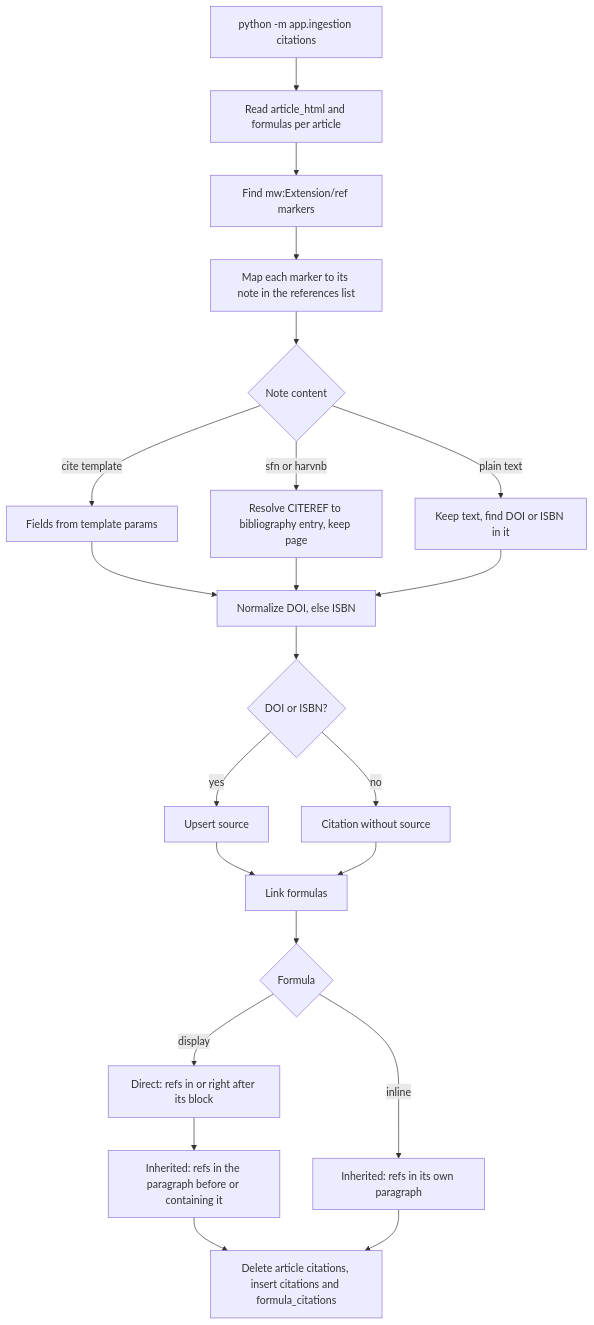
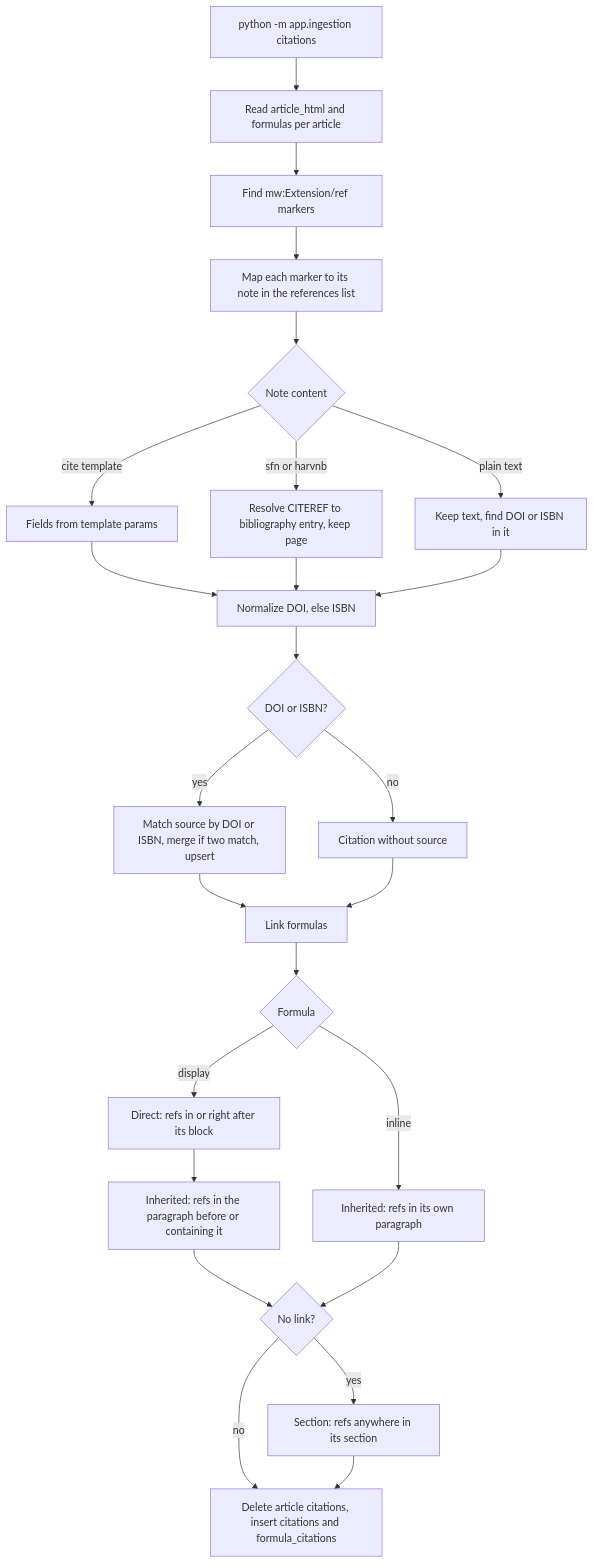
One commit to tudorciobanu99/momentum changed the diagram in docs/flows/ingestion-citations.md. Above: the diagram before and after it, drawn with Mermaid. The commit also changed 8 other files, not shown here.

Commit message:
feat(backend): add section-level links and merge sources by doi or isbn

````diff
--- a/docs/flows/ingestion-citations.md
+++ b/docs/flows/ingestion-citations.md
@@ -3,24 +3,27 @@
 ```mermaid
 flowchart TD
     A[python -m app.ingestion citations] --> B[Read article_html and formulas per article]
     B --> C[Find mw:Extension/ref markers]
     C --> D[Map each marker to its note in the references list]
     D --> E{Note content}
     E -- cite template --> F[Fields from template params]
     E -- sfn or harvnb --> G[Resolve CITEREF to bibliography entry, keep page]
     E -- plain text --> H[Keep text, find DOI or ISBN in it]
     F --> I[Normalize DOI, else ISBN]
     G --> I
     H --> I
     I --> J{DOI or ISBN?}
-    J -- yes --> K[Upsert source]
+    J -- yes --> K[Match source by DOI or ISBN, merge if two match, upsert]
     J -- no --> L[Citation without source]
     K --> M[Link formulas]
     L --> M
     M --> N{Formula}
     N -- display --> O[Direct: refs in or right after its block]
     O --> P[Inherited: refs in the paragraph before or containing it]
     N -- inline --> Q[Inherited: refs in its own paragraph]
-    P --> R[Delete article citations, insert citations and formula_citations]
-    Q --> R
+    P --> S{No link?}
+    Q --> S
+    S -- yes --> T[Section: refs anywhere in its section]
+    S -- no --> R
+    T --> R[Delete article citations, insert citations and formula_citations]
 ```
````
